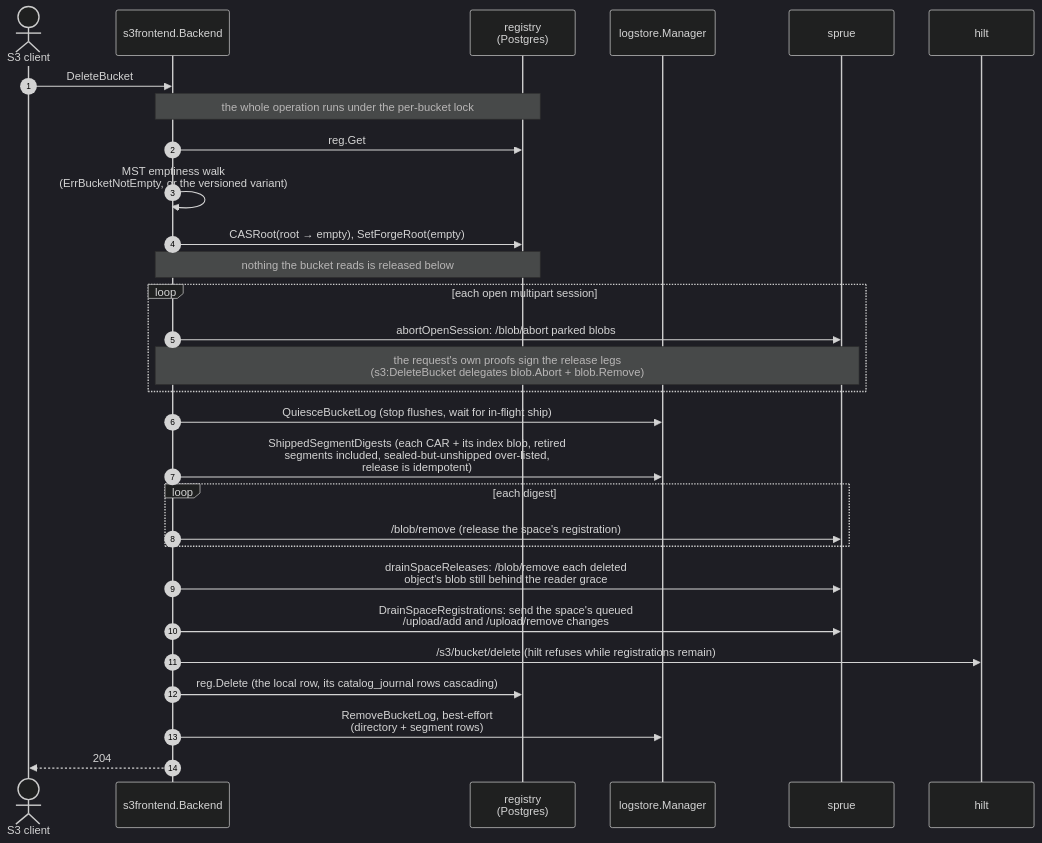
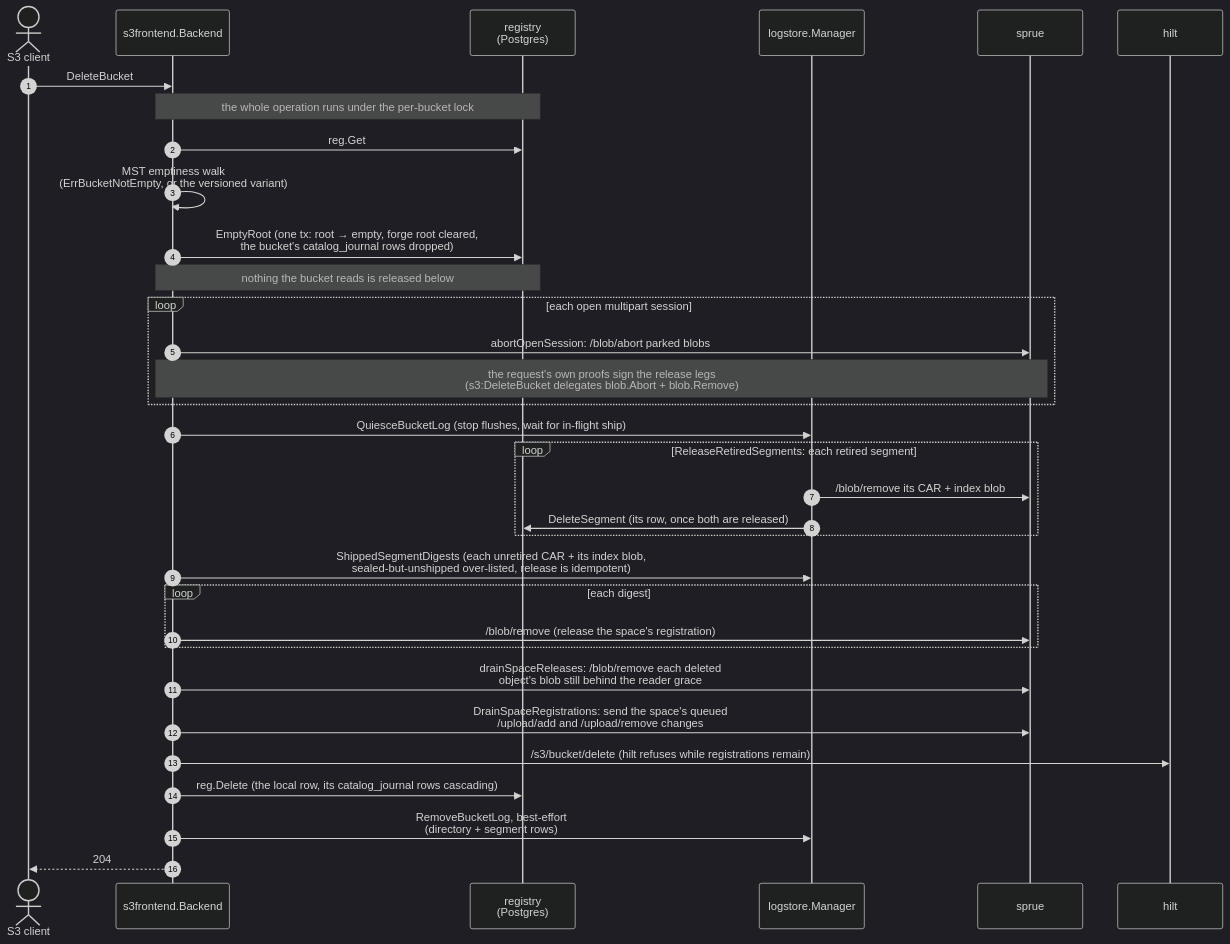
One commit to fil-forge/ingot changed diagram 15 of 15 in docs/diagrams.md. Above: the diagram before and after it, drawn with Mermaid (dark theme). The commit also changed other lines of this file and 9 other files, not shown here.

First line of the commit message:
DeleteBucket: drop the journal with the root, release retired segments with progress

````diff
--- a/docs/diagrams.md
+++ b/docs/diagrams.md
@@ -1243,32 +1243,36 @@
 ```mermaid
 sequenceDiagram
     autonumber
     actor C as S3 client
     participant B as s3frontend.Backend
     participant R as registry<br/>(Postgres)
     participant L as logstore.Manager
     participant U as sprue
     participant H as hilt
 
     C->>B: DeleteBucket
     Note over B,R: the whole operation runs under the per-bucket lock
     B->>R: reg.Get
     B->>B: MST emptiness walk<br/>(ErrBucketNotEmpty, or the versioned variant)
-    B->>R: CASRoot(root → empty), SetForgeRoot(empty)
+    B->>R: EmptyRoot (one tx: root → empty, forge root cleared,<br/>the bucket's catalog_journal rows dropped)
     Note over B,R: nothing the bucket reads is released below
     loop each open multipart session
         B->>U: abortOpenSession: /blob/abort parked blobs
         Note over B,U: the request's own proofs sign the release legs<br/>(s3:DeleteBucket delegates blob.Abort + blob.Remove)
     end
     B->>L: QuiesceBucketLog (stop flushes, wait for in-flight ship)
-    B->>L: ShippedSegmentDigests (each CAR + its index blob, retired<br/>segments included, sealed-but-unshipped over-listed,<br/>release is idempotent)
+    loop ReleaseRetiredSegments: each retired segment
+        L->>U: /blob/remove its CAR + index blob
+        L->>R: DeleteSegment (its row, once both are released)
+    end
+    B->>L: ShippedSegmentDigests (each unretired CAR + its index blob,<br/>sealed-but-unshipped over-listed, release is idempotent)
     loop each digest
         B->>U: /blob/remove (release the space's registration)
     end
     B->>U: drainSpaceReleases: /blob/remove each deleted<br/>object's blob still behind the reader grace
     B->>U: DrainSpaceRegistrations: send the space's queued<br/>/upload/add and /upload/remove changes
     B->>H: /s3/bucket/delete (hilt refuses while registrations remain)
     B->>R: reg.Delete (the local row, its catalog_journal rows cascading)
     B->>L: RemoveBucketLog, best-effort<br/>(directory + segment rows)
     B-->>C: 204
 ```
````
